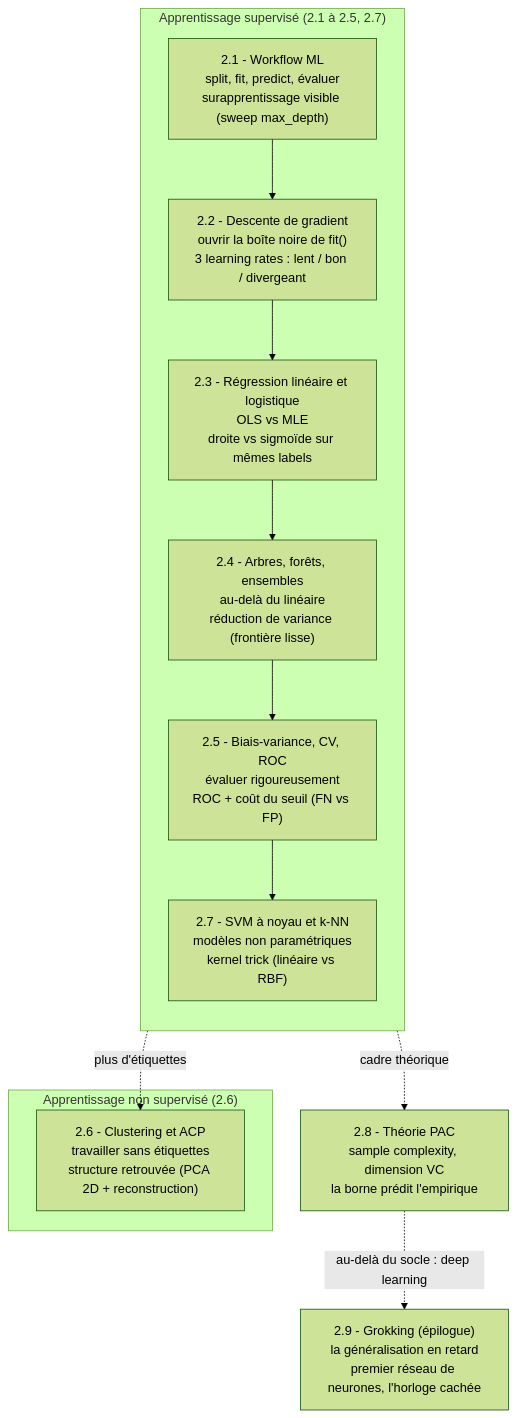
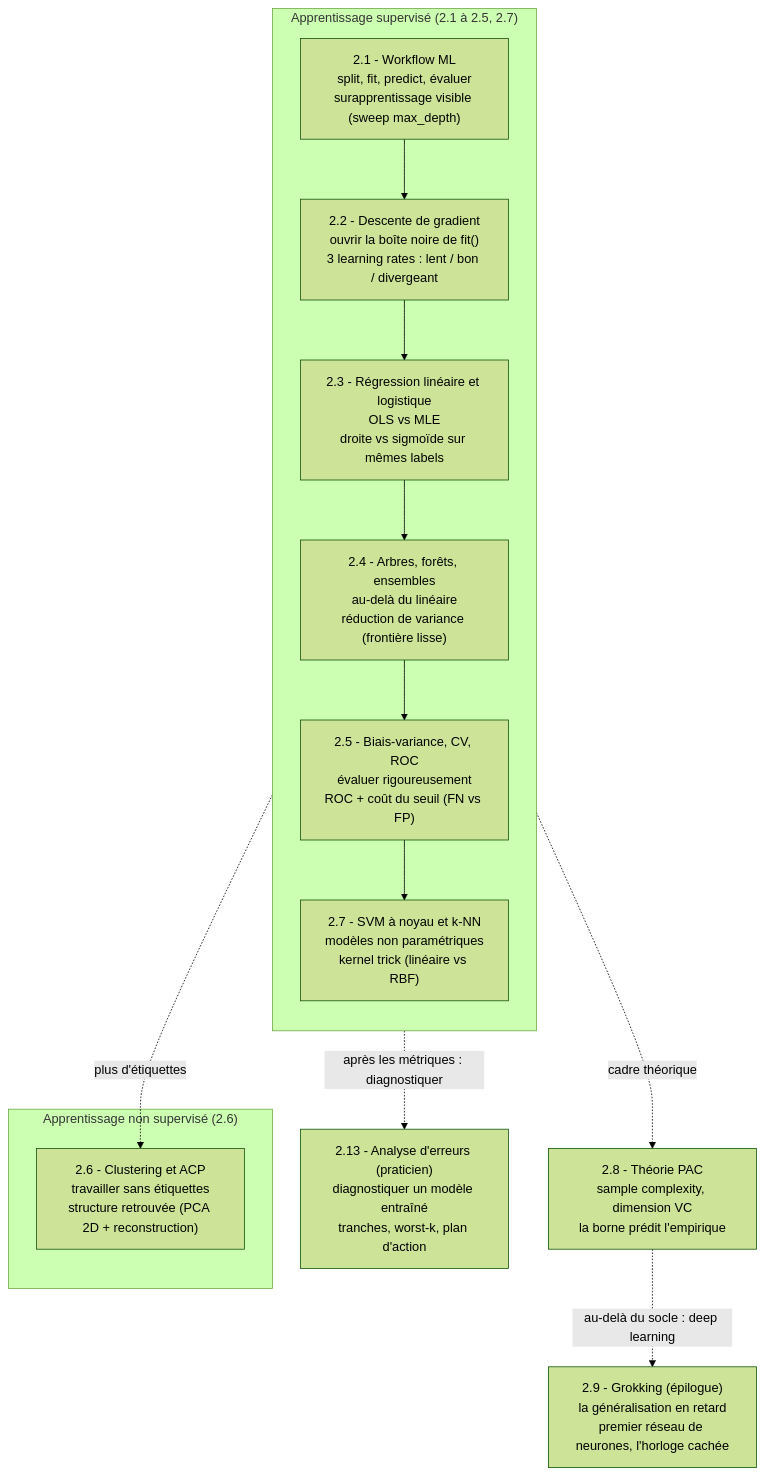
The diagram in MyIA.AI.Notebooks/ML/DataScienceWithAgents/02-ML-Cours/README.md (jsboige/CoursIA), drawn with Mermaid (forest theme) before and after one commit. The commit also changed other lines of this file and 1 other file, not shown here.

First line of the commit message:
feat(ml-cours,#12449): notebook 2.13-Analyse-Erreurs — le geste professionnel absent

````diff
--- a/MyIA.AI.Notebooks/ML/DataScienceWithAgents/02-ML-Cours/README.md
+++ b/MyIA.AI.Notebooks/ML/DataScienceWithAgents/02-ML-Cours/README.md
@@ -68,21 +72,23 @@
 ```mermaid
 flowchart TD
     subgraph SUP["Apprentissage supervisé (2.1 à 2.5, 2.7)"]
       direction TB
       A["2.1 - Workflow ML<br/>split, fit, predict, évaluer<br/>surapprentissage visible (sweep max_depth)"]
       B["2.2 - Descente de gradient<br/>ouvrir la boîte noire de fit()<br/>3 learning rates : lent / bon / divergeant"]
       C["2.3 - Régression linéaire et logistique<br/>OLS vs MLE<br/>droite vs sigmoïde sur mêmes labels"]
       D["2.4 - Arbres, forêts, ensembles<br/>au-delà du linéaire<br/>réduction de variance (frontière lisse)"]
       E["2.5 - Biais-variance, CV, ROC<br/>évaluer rigoureusement<br/>ROC + coût du seuil (FN vs FP)"]
       G["2.7 - SVM à noyau et k-NN<br/>modèles non paramétriques<br/>kernel trick (linéaire vs RBF)"]
       A --> B --> C --> D --> E --> G
     end
     subgraph UNSUP["Apprentissage non supervisé (2.6)"]
       F["2.6 - Clustering et ACP<br/>travailler sans étiquettes<br/>structure retrouvée (PCA 2D + reconstruction)"]
     end
     H["2.8 - Théorie PAC<br/>sample complexity, dimension VC<br/>la borne prédit l'empirique"]
     I["2.9 - Grokking (épilogue)<br/>la généralisation en retard<br/>premier réseau de neurones, l'horloge cachée"]
     E -. "plus d'étiquettes" .-> F
     E -. "cadre théorique" .-> H
     H -. "au-delà du socle : deep learning" .-> I
+    J["2.13 - Analyse d'erreurs (praticien)<br/>diagnostiquer un modèle entraîné<br/>tranches, worst-k, plan d'action"]
+    E -. "après les métriques : diagnostiquer" .-> J
 ```
````
